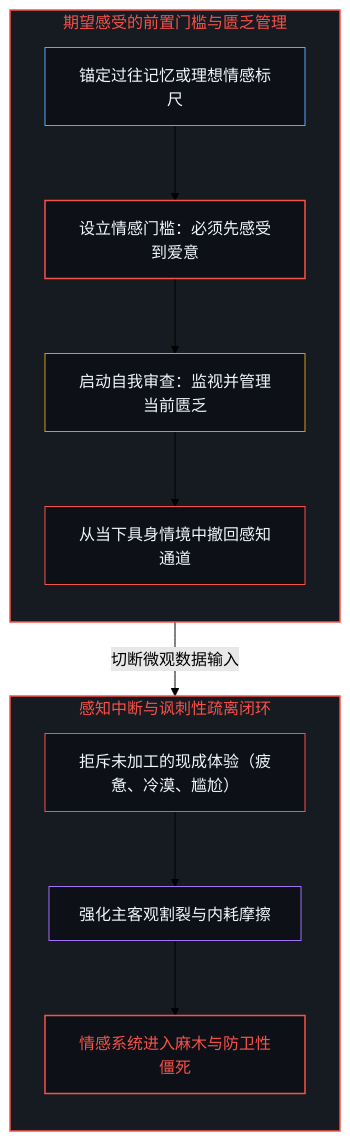
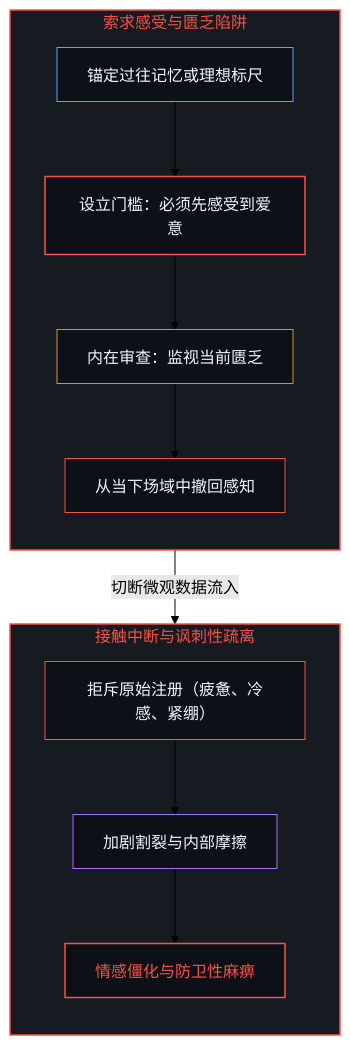
One commit to powerpig99/not-a-toe changed the first of 6 diagrams in content/posts/present-contact-and-the-obscuration-of-desired-feeling.md. Above: the diagram before and after it, drawn with Mermaid (forest theme). The commit also changed other lines of this file and 2 other files, not shown here.

````diff
--- a/content/posts/present-contact-and-the-obscuration-of-desired-feeling.md
+++ b/content/posts/present-contact-and-the-obscuration-of-desired-feeling.md
@@ -13,27 +13,24 @@
 ```mermaid
 graph TD
-    subgraph S_Demand ["期望感受的前置门槛与匮乏管理"]
+    subgraph S_Demand ["索求感受与匮乏陷阱"]
         direction TB
-        D_Past["锚定过往记忆或理想情感标尺"] --> D_Gate["设立情感门槛：必须先感受到爱意"]
-        D_Gate --> D_Policing["启动自我审查：监视并管理当前匮乏"]
-        D_Policing --> D_Sever["从当下具身情境中撤回感知通道"]
+        D_Past["锚定过往记忆或理想标尺"] --> D_Gate["设立门槛：必须先感受到爱意"]
+        D_Gate --> D_Policing["内在审查：监视当前匮乏"]
+        D_Policing --> D_Sever["从当下场域中撤回感知"]
     end
-
-    subgraph S_Numbness ["感知中断与讽刺性疏离闭环"]
+    subgraph S_Numbness ["接触中断与讽刺性疏离"]
         direction TB
-        N_Block["拒斥未加工的现成体验（疲惫、冷漠、尴尬）"] --> N_Alienation["强化主客观割裂与内耗摩擦"]
-        N_Alienation --> N_Freeze["情感系统进入麻木与防卫性僵死"]
+        N_Block["拒斥原始注册（疲惫、冷感、紧绷）"] --> N_Alienation["加剧割裂与内部摩擦"]
+        N_Alienation --> N_Freeze["情感僵化与防卫性麻痹"]
     end
-
-    D_Sever -->|"切断微观数据输入"| N_Block
-
+    D_Sever -->|"切断微观数据流入"| N_Block
     style S_Demand fill:#161b22,stroke:#f85149,stroke-width:1.5px,color:#f85149
     style S_Numbness fill:#161b22,stroke:#f85149,stroke-width:1.5px,color:#f85149
     style D_Past fill:#0d1117,stroke:#58a6ff,stroke-width:1px,color:#f0f6fc
     style D_Gate fill:#0d1117,stroke:#f85149,stroke-width:1.5px,color:#f0f6fc
     style D_Policing fill:#0d1117,stroke:#d29922,stroke-width:1px,color:#f0f6fc
     style D_Sever fill:#0d1117,stroke:#f85149,stroke-width:1px,color:#f0f6fc
     style N_Block fill:#0d1117,stroke:#f85149,stroke-width:1px,color:#f0f6fc
     style N_Alienation fill:#0d1117,stroke:#a371f7,stroke-width:1px,color:#f0f6fc
     style N_Freeze fill:#0d1117,stroke:#f85149,stroke-width:1.5px,color:#f85149
 ```
````
